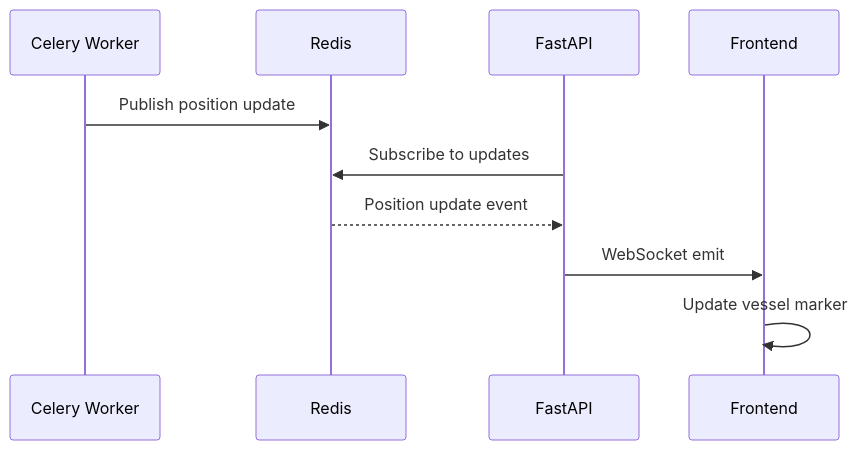
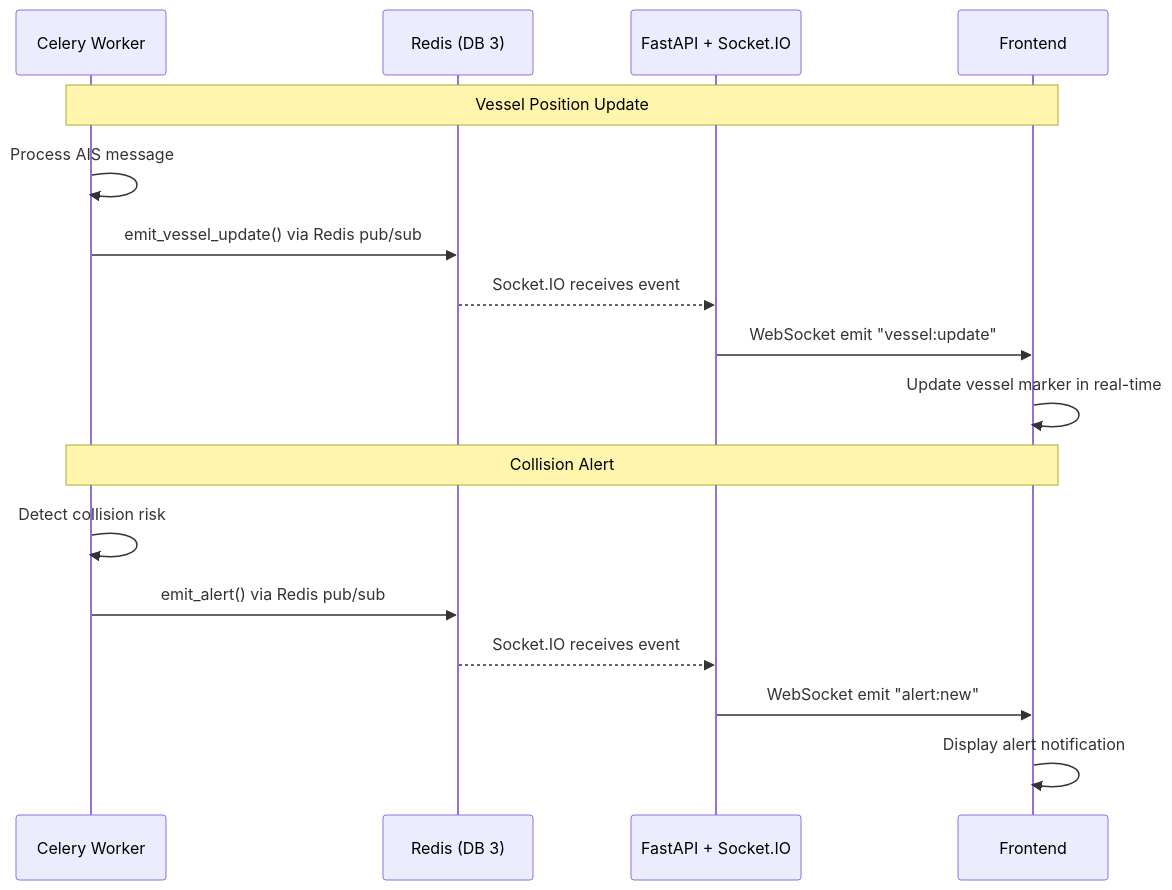
The fifth of 6 diagrams in docs/architecture.md (konstpan/poseidon-mss), drawn with Mermaid before and after one commit. The commit also changed other lines of this file and 2 other files, not shown here.

Commit message:
Enhance architecture and API documentation for WebSocket integration, detailing real-time updates and event handling

````diff
--- a/docs/architecture.md
+++ b/docs/architecture.md
@@ -312,13 +312,21 @@
 ```mermaid
 sequenceDiagram
     participant Worker as Celery Worker
-    participant Cache as Redis
-    participant API as FastAPI
+    participant Redis as Redis (DB 3)
+    participant API as FastAPI + Socket.IO
     participant UI as Frontend
 
-    Worker->>Cache: Publish position update
-    API->>Cache: Subscribe to updates
-    Cache-->>API: Position update event
-    API->>UI: WebSocket emit
-    UI->>UI: Update vessel marker
+    Note over Worker,UI: Vessel Position Update
+    Worker->>Worker: Process AIS message
+    Worker->>Redis: emit_vessel_update() via Redis pub/sub
+    Redis-->>API: Socket.IO receives event
+    API->>UI: WebSocket emit "vessel:update"
+    UI->>UI: Update vessel marker in real-time
+
+    Note over Worker,UI: Collision Alert
+    Worker->>Worker: Detect collision risk
+    Worker->>Redis: emit_alert() via Redis pub/sub
+    Redis-->>API: Socket.IO receives event
+    API->>UI: WebSocket emit "alert:new"
+    UI->>UI: Display alert notification
 ```
````
